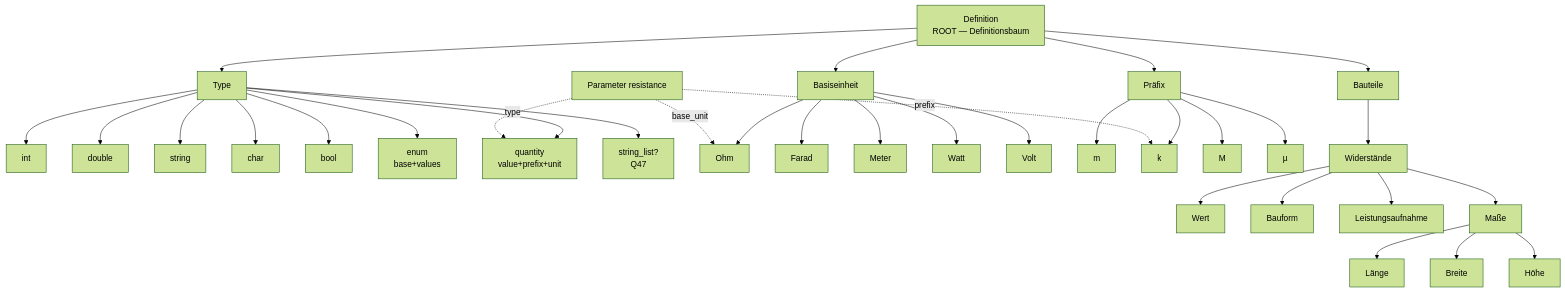
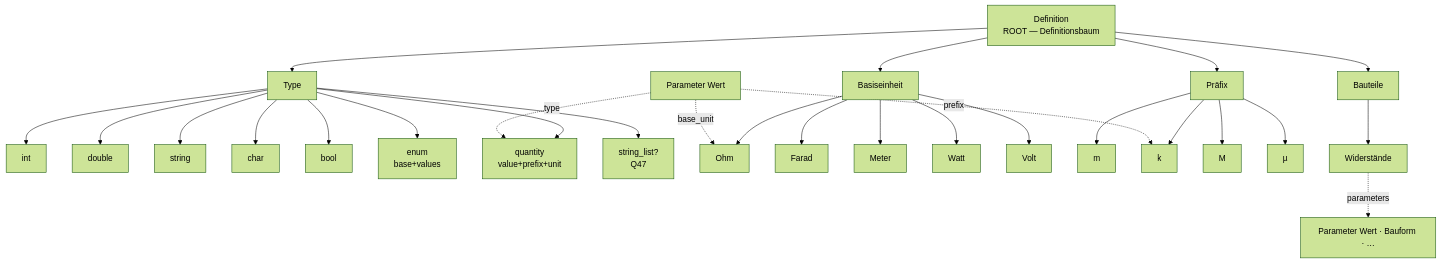
One commit to sfambach/wp-taxonomy-modeler changed the fifth of 8 diagrams in docs/plans/data-structure.md. Above: the diagram before and after it, drawn with Mermaid (forest theme). The commit also changed other lines of this file and 9 other files, not shown here.

````diff
--- a/docs/plans/data-structure.md
+++ b/docs/plans/data-structure.md
@@ -1302,43 +1300,37 @@
 ```mermaid
 flowchart TB
   D["Definition<br/>ROOT — Definitionsbaum"]
 
   D --> T["Type"]
   D --> B["Basiseinheit"]
   D --> P["Präfix"]
   D --> Bau["Bauteile"]
 
   T --> T1["int"]
   T --> T2["double"]
   T --> T3["string"]
   T --> T4["char"]
   T --> T5["bool"]
   T --> T6["enum<br/>base+values"]
   T --> T7["quantity<br/>value+prefix+unit"]
   T --> T8["string_list?<br/>Q47"]
 
   B --> B1["Ohm"]
   B --> B2["Farad"]
   B --> B3["Meter"]
   B --> B4["Watt"]
   B --> B5["Volt"]
 
   P --> P1["m"]
   P --> P2["k"]
   P --> P3["M"]
   P --> P4["µ"]
 
   Bau --> W["Widerstände"]
-  W --> V["Wert"]
-  W --> F["Bauform"]
-  W --> L["Leistungsaufnahme"]
-  W --> M["Maße"]
-  M --> GL["Länge"]
-  M --> GB["Breite"]
-  M --> GH["Höhe"]
+  W -.->|parameters| PW["Parameter Wert · Bauform · …"]
 
-  Param["Parameter resistance"]
+  Param["Parameter Wert"]
   Param -.->|type| T7
   Param -.->|prefix| P2
   Param -.->|base_unit| B1
 ```
````
